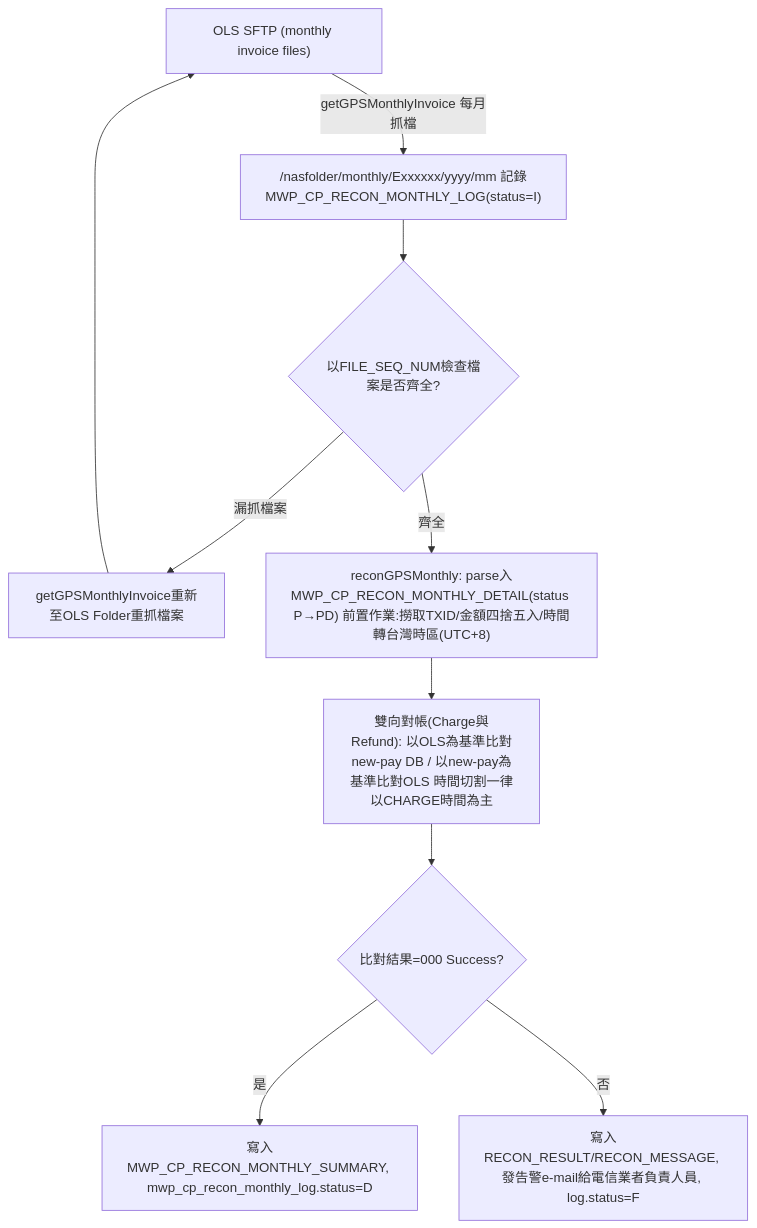
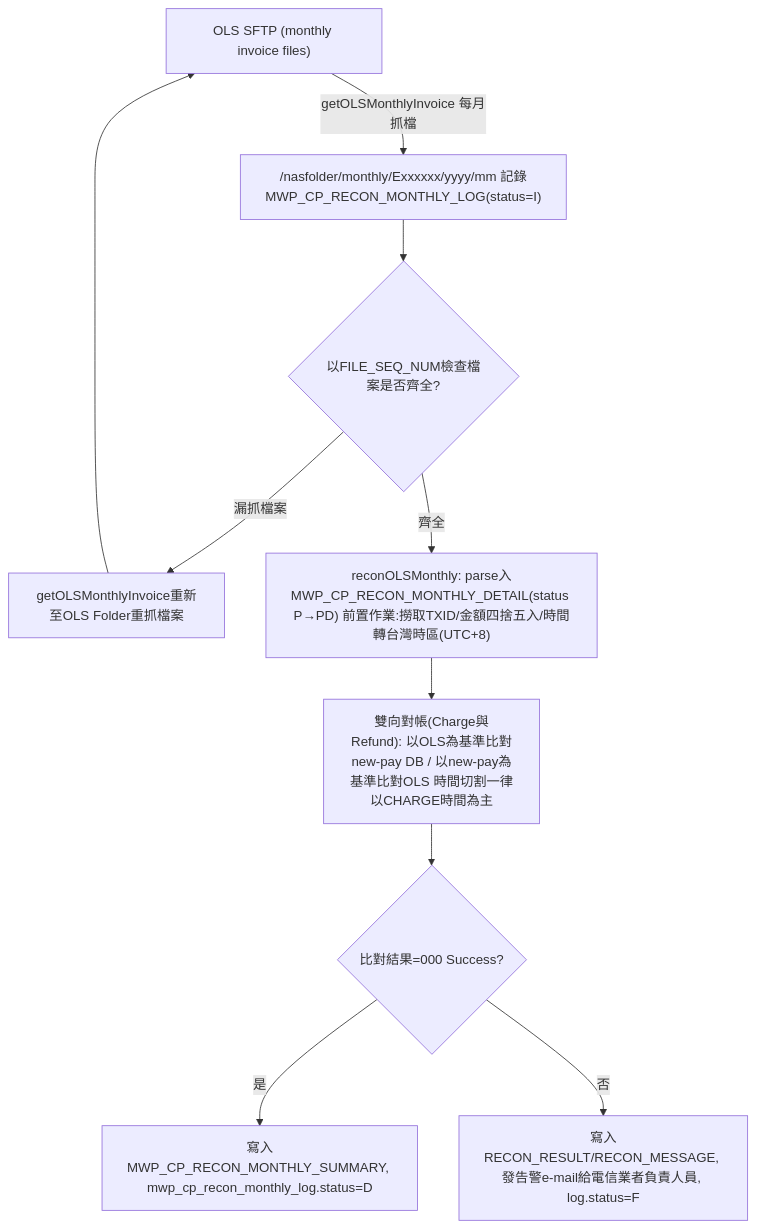
Before and after one commit to ChunPingWang/ai-workshop: the seventh of 7 diagrams in new-pay_OnlineStore_FSD.md, drawn with Mermaid. The commit also changed other lines of this file and 28 other files, not shown here.

````diff
--- a/new-pay_OnlineStore_FSD.md
+++ b/new-pay_OnlineStore_FSD.md
@@ -721,12 +721,12 @@
 ```mermaid
 flowchart TD
-    A["OLS SFTP (monthly invoice files)"] -->|"getGPSMonthlyInvoice 每月抓檔"| B["/nasfolder/monthly/Exxxxxx/yyyy/mm 記錄MWP_CP_RECON_MONTHLY_LOG(status=I)"]
+    A["OLS SFTP (monthly invoice files)"] -->|"getOLSMonthlyInvoice 每月抓檔"| B["/nasfolder/monthly/Exxxxxx/yyyy/mm 記錄MWP_CP_RECON_MONTHLY_LOG(status=I)"]
     B --> C{"以FILE_SEQ_NUM檢查檔案是否齊全?"}
-    C -- "漏抓檔案" --> R["getGPSMonthlyInvoice重新至OLS Folder重抓檔案"]
+    C -- "漏抓檔案" --> R["getOLSMonthlyInvoice重新至OLS Folder重抓檔案"]
     R --> A
-    C -- 齊全 --> D["reconGPSMonthly: parse入MWP_CP_RECON_MONTHLY_DETAIL(status P→PD) 前置作業:撈取TXID/金額四捨五入/時間轉台灣時區(UTC+8)"]
+    C -- 齊全 --> D["reconOLSMonthly: parse入MWP_CP_RECON_MONTHLY_DETAIL(status P→PD) 前置作業:撈取TXID/金額四捨五入/時間轉台灣時區(UTC+8)"]
     D --> E["雙向對帳(Charge與Refund): 以OLS為基準比對new-pay DB / 以new-pay為基準比對OLS 時間切割一律以CHARGE時間為主"]
     E --> F{"比對結果=000 Success?"}
     F -- 是 --> G["寫入MWP_CP_RECON_MONTHLY_SUMMARY, mwp_cp_recon_monthly_log.status=D"]
     F -- 否 --> H["寫入RECON_RESULT/RECON_MESSAGE, 發告警e-mail給電信業者負責人員, log.status=F"]
 ```
````
